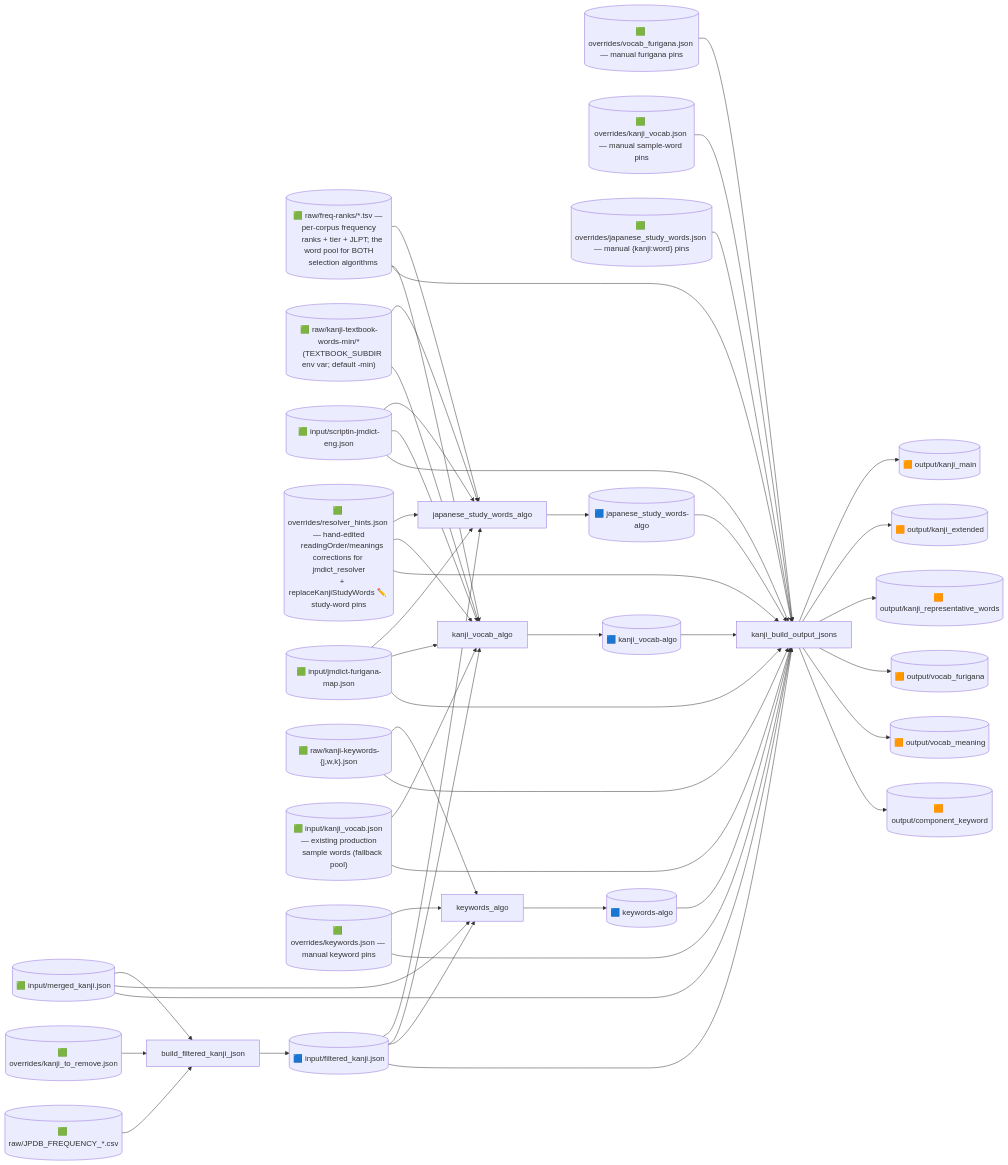
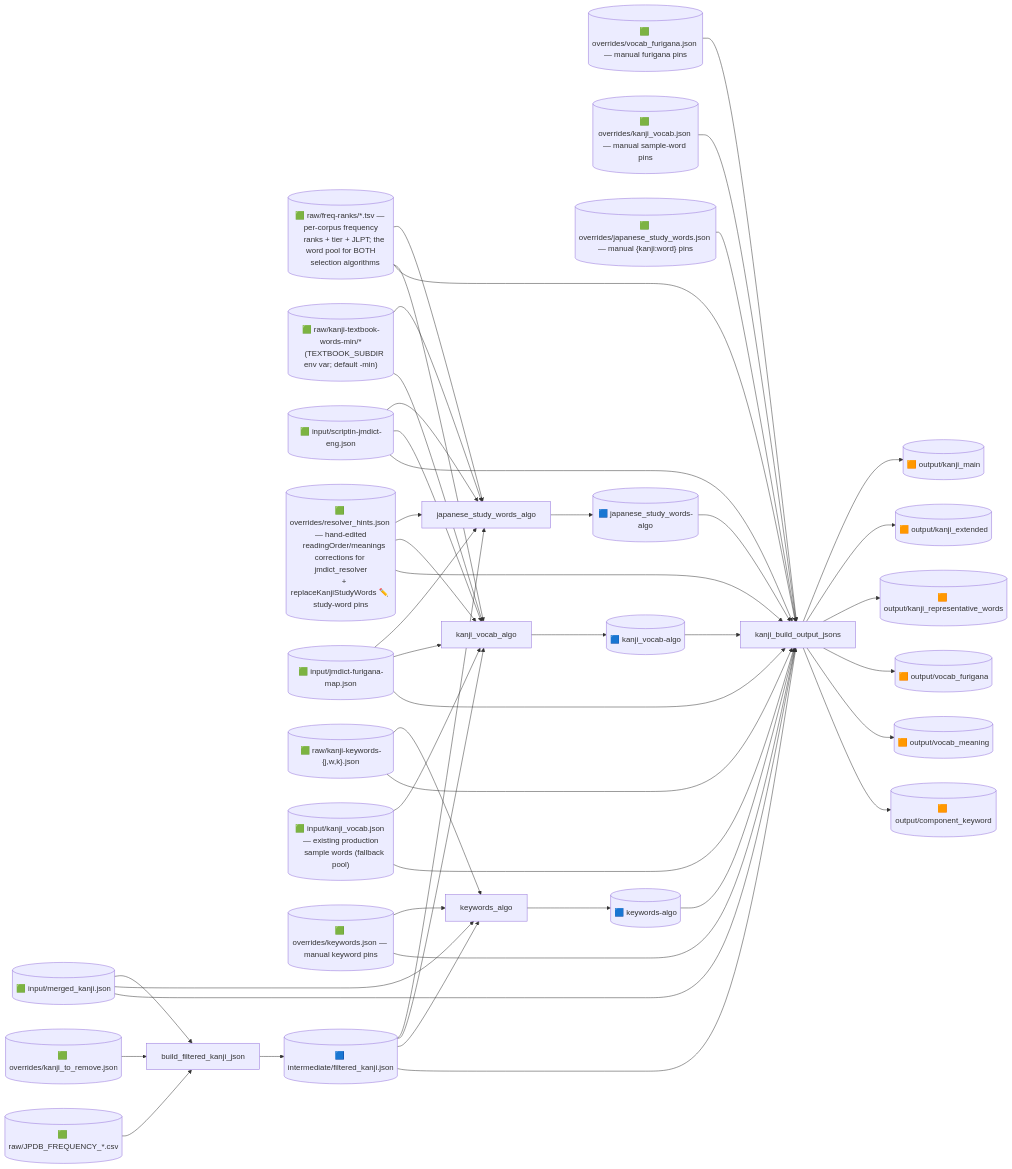
The second of 8 diagrams in notes/flowchart.md (PikaPikaGems/kanji-heatmap-data), drawn with Mermaid before and after one commit. The commit also changed other lines of this file and 12 other files, not shown here.

```diff
--- a/notes/flowchart.md
+++ b/notes/flowchart.md
@@ -114,9 +114,9 @@
     SK[keywords_algo]
     S6[kanji_build_output_jsons]
 
-    %% intermediate files — script-written: input/filtered_kanji.json and the
+    %% intermediate files — script-written: intermediate/filtered_kanji.json and the
     %% committed -algo.json overrides. Furigana/meanings are generated inside S6.
-    filt[("🟦 input/filtered_kanji.json")]
+    filt[("🟦 intermediate/filtered_kanji.json")]
     jsw[("🟦 japanese_study_words-algo")]
     kv[("🟦 kanji_vocab-algo")]
     kwalgo[("🟦 keywords-algo")]
```
